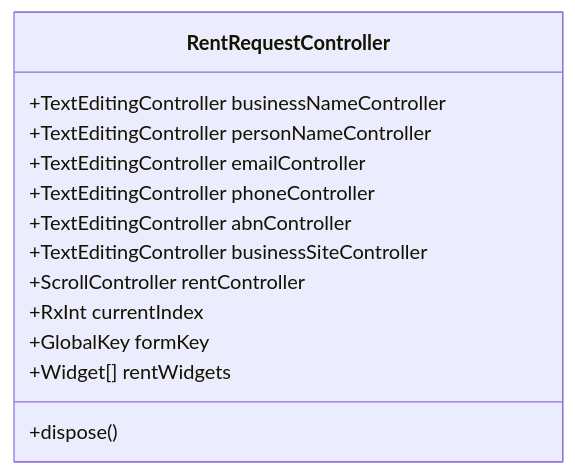
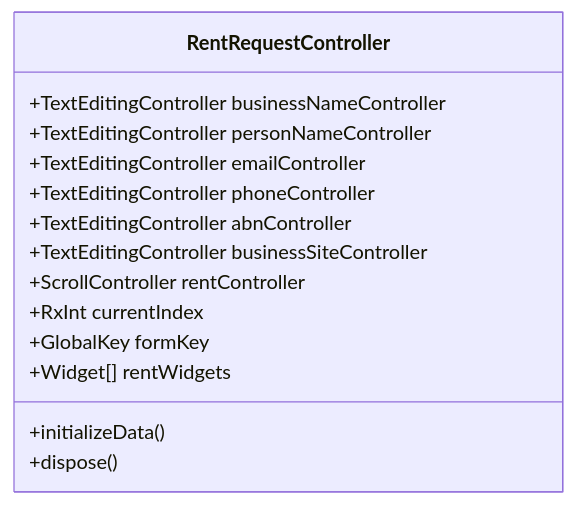
One commit to Ariful3111/FurniGo changed the third of 7 diagrams in .qoder/repowiki/en/content/Core Features/Business Services/Rent Furniture System.md. Above: the diagram before and after it, drawn with Mermaid. The commit also changed other lines of this file and 23 other files, not shown here.

````diff
--- a/.qoder/repowiki/en/content/Core Features/Business Services/Rent Furniture System.md
+++ b/.qoder/repowiki/en/content/Core Features/Business Services/Rent Furniture System.md
@@ -138,16 +166,17 @@
 ```mermaid
 classDiagram
 class RentRequestController {
 +TextEditingController businessNameController
 +TextEditingController personNameController
 +TextEditingController emailController
 +TextEditingController phoneController
 +TextEditingController abnController
 +TextEditingController businessSiteController
 +ScrollController rentController
 +RxInt currentIndex
 +GlobalKey formKey
 +Widget[] rentWidgets
++initializeData()
 +dispose()
 }
 ```
````
